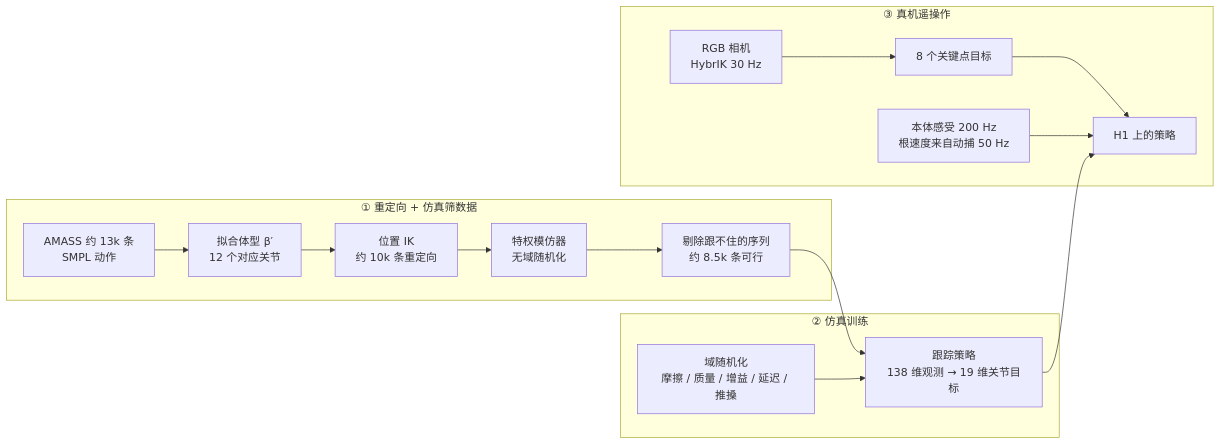
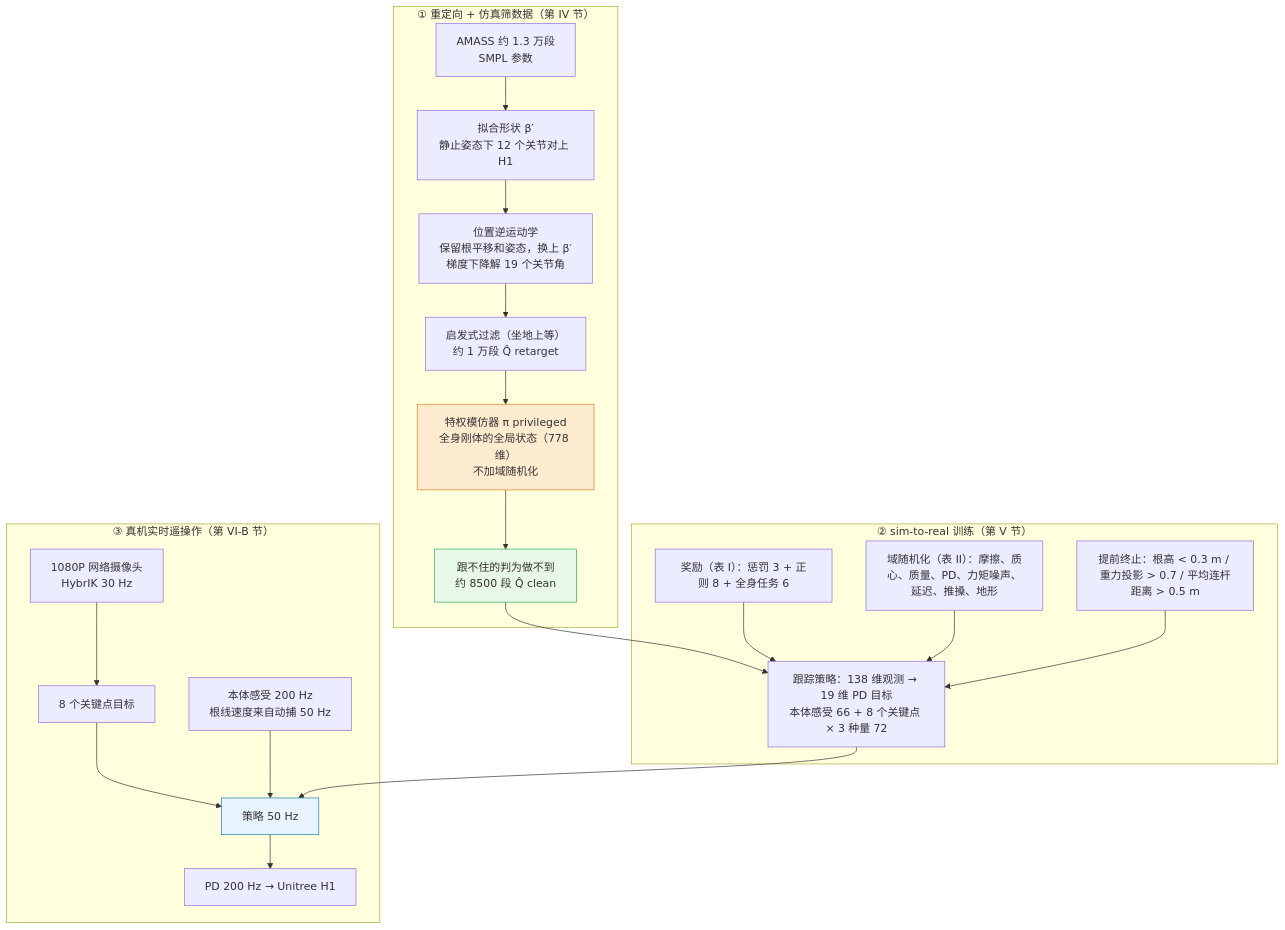
The second of 2 diagrams in papers/03_High_Impact_Selection/H2O_Learning_Human-to-Humanoid_Real-Time_Whole-Body_Teleoperation/H2O_Learning_Human-to-Humanoid_Real-Time_Whole-Body_Teleoperation.md (ImChong/Robot_Learning_Paper_Notebooks), drawn with Mermaid before and after one commit. The commit also changed other lines of this file and 27 other files, not shown here.

```diff
--- a/papers/03_High_Impact_Selection/H2O_Learning_Human-to-Humanoid_Real-Time_Whole-Body_Teleoperation/H2O_Learning_Human-to-Humanoid_Real-Time_Whole-Body_Teleoperation.md
+++ b/papers/03_High_Impact_Selection/H2O_Learning_Human-to-Humanoid_Real-Time_Whole-Body_Teleoperation/H2O_Learning_Human-to-Humanoid_Real-Time_Whole-Body_Teleoperation.md
@@ -126,19 +151,27 @@
 <div class="mermaid">
-flowchart LR
-  subgraph S1["① 重定向 + 仿真筛数据"]
-    A["AMASS 约 13k 条<br/>SMPL 动作"] --> B["拟合体型 β′<br/>12 个对应关节"]
-    B --> C["位置 IK<br/>约 10k 条重定向"]
-    C --> D["特权模仿器<br/>无域随机化"]
-    D --> E["剔除跟不住的序列<br/>约 8.5k 条可行"]
-  end
-  subgraph S2["② 仿真训练"]
-    E --> F["跟踪策略<br/>138 维观测 → 19 维关节目标"]
-    G["域随机化<br/>摩擦 / 质量 / 增益 / 延迟 / 推搡"] --> F
-  end
-  subgraph S3["③ 真机遥操作"]
-    H["RGB 相机<br/>HybrIK 30 Hz"] --> I["8 个关键点目标"]
-    I --> J["H1 上的策略"]
-    K["本体感受 200 Hz<br/>根速度来自动捕 50 Hz"] --> J
-  end
-  F --> J
+flowchart TB
+    subgraph S1["① 重定向 + 仿真筛数据（第 IV 节）"]
+        A["AMASS 约 1.3 万段<br/>SMPL 参数"] --> B["拟合形状 β′<br/>静止姿态下 12 个关节对上 H1"]
+        B --> C["位置逆运动学<br/>保留根平移和姿态，换上 β′<br/>梯度下降解 19 个关节角"]
+        C --> F["启发式过滤（坐地上等）<br/>约 1 万段 Q̂ retarget"]
+        F --> P["特权模仿器 π privileged<br/>全身刚体的全局状态（778 维）<br/>不加域随机化"]
+        P --> E["跟不住的判为做不到<br/>约 8500 段 Q̂ clean"]
+    end
+    subgraph S2["② sim-to-real 训练（第 V 节）"]
+        E --> T["跟踪策略：138 维观测 → 19 维 PD 目标<br/>本体感受 66 + 8 个关键点 × 3 种量 72"]
+        RW["奖励（表 I）：惩罚 3 + 正则 8 + 全身任务 6"] --> T
+        DR["域随机化（表 II）：摩擦、质心、质量、PD、力矩噪声、延迟、推搡、地形"] --> T
+        ET["提前终止：根高 < 0.3 m / 重力投影 > 0.7 / 平均连杆距离 > 0.5 m"] --> T
+    end
+    subgraph S3["③ 真机实时遥操作（第 VI-B 节）"]
+        CAM["1080P 网络摄像头<br/>HybrIK 30 Hz"] --> G["8 个关键点目标"]
+        G --> PI["策略 50 Hz"]
+        PROP["本体感受 200 Hz<br/>根线速度来自动捕 50 Hz"] --> PI
+        PI --> PD["PD 200 Hz → Unitree H1"]
+    end
+    T --> PI
+
+    style E fill:#e8f8e8,stroke:#27ae60
+    style P fill:#fdebd0,stroke:#e67e22
+    style PI fill:#e8f4fd,stroke:#1f78b4
 </div>
```
